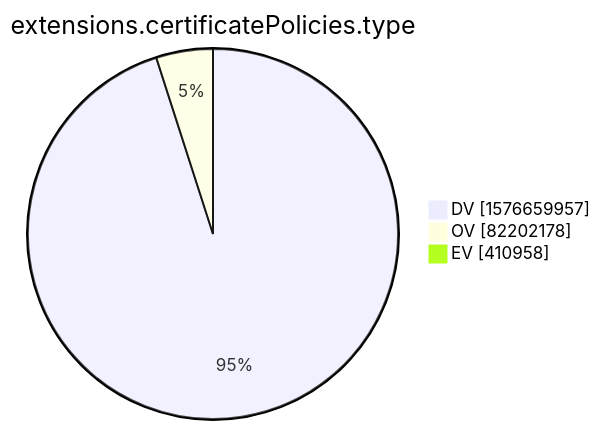
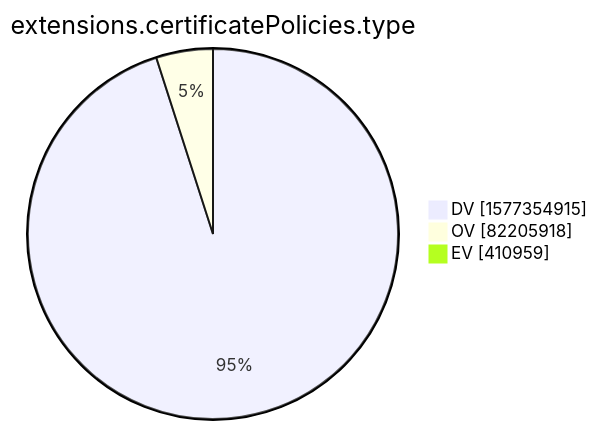
Before and after one commit to christiankrug/ctmonitor_visualization: the tenth of 15 diagrams in xenon2022/README.md, drawn with Mermaid. The commit also changed other lines of this file, not shown here.

````diff
--- a/xenon2022/README.md
+++ b/xenon2022/README.md
@@ -2877,7 +2877,7 @@
 ```mermaid
 pie showData
 title extensions.certificatePolicies.type
-"DV" :1576659957
-"OV" :82202178
-"EV" :410958
+"DV" :1577354915
+"OV" :82205918
+"EV" :410959
 ```
````
